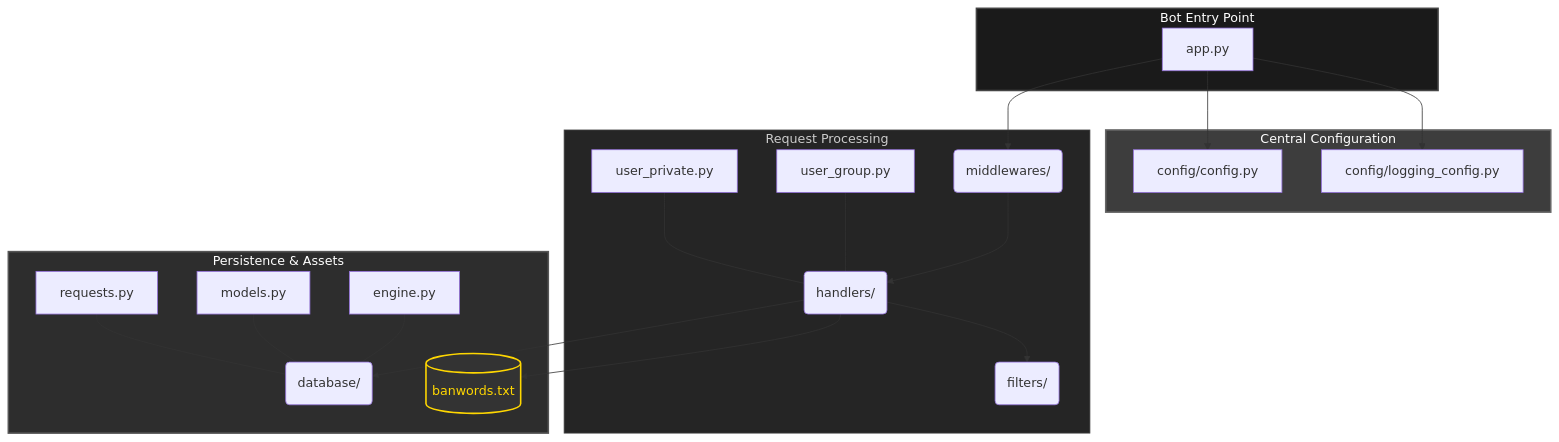
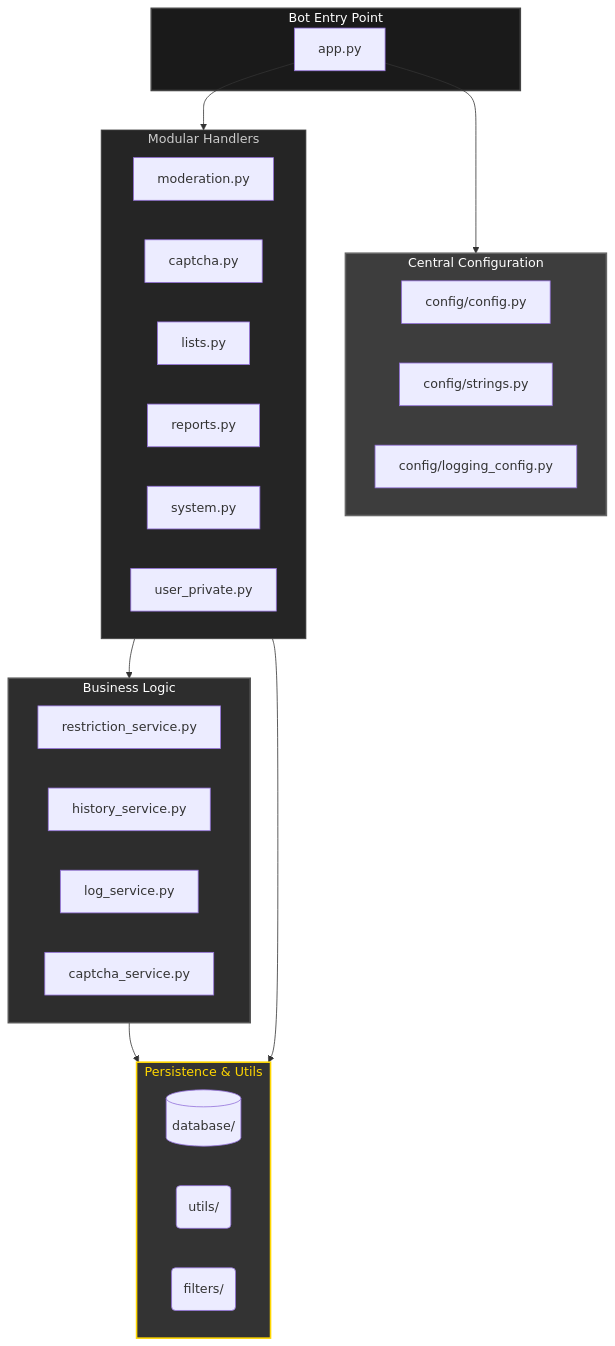
The diagram in README.md (kapusta123b/Telegram-Moderation-Bot), drawn with Mermaid before and after one commit. The commit also changed other lines of this file and 1 other file, not shown here.

Commit message:
update Readme.md, update documentation in project

````diff
--- a/README.md
+++ b/README.md
@@ -80,49 +80,47 @@
 ```mermaid
 graph TD
     subgraph Core[Bot Entry Point]
         A[app.py]
     end
 
     subgraph Config[Central Configuration]
         CFG[config/config.py]
-        LOG[config/logging_config.py]
+        STR[config/strings.py]
+        LOG_CFG[config/logging_config.py]
     end
 
-    subgraph Logic[Request Processing]
-        B(handlers/)
-        C(filters/)
-        F(middlewares/)
-        B1[user_group.py]
-        B2[user_private.py]
+    subgraph Handlers[Modular Handlers]
+        H_MOD[moderation.py]
+        H_CAP[captcha.py]
+        H_LST[lists.py]
+        H_REP[reports.py]
+        H_SYS[system.py]
+        H_PRIV[user_private.py]
     end
 
-    subgraph Data[Persistence & Assets]
-        E(database/)
-        D[(banwords.txt)]
-        E1[engine.py]
-        E2[models.py]
-        E3[requests.py]
+    subgraph Services[Business Logic]
+        S_REST[restriction_service.py]
+        S_HIST[history_service.py]
+        S_LOG[log_service.py]
+        S_CAP[captcha_service.py]
     end
 
-    A --> CFG
-    A --> LOG
-    A --> F
-    F --> B
-    B --> C
-    B --> E
-    B --> D
+    subgraph Data[Persistence & Utils]
+        DB[(database/)]
+        UTL(utils/)
+        FLT(filters/)
+    end
+
+    A --> Config
+    A --> Handlers
+    Handlers --> Services
+    Services --> Data
+    Handlers --> Data
     
-    B1 --- B
-    B2 --- B
-    
-    E1 --- E
-    E2 --- E
-    E3 --- E
-    
-    %% Dark Professional Theme
+    %% Styling
     style Core fill:#1a1a1a,stroke:#444,stroke-width:2px,color:#fff
     style Config fill:#3d3d3d,stroke:#666,stroke-width:2px,color:#fff
-    style Data fill:#2d2d2d,stroke:#555,stroke-width:2px,color:#fff
-    style Logic fill:#252525,stroke:#444,stroke-width:1px,color:#ccc
-    style D fill:#333,stroke:#ffd700,stroke-width:2px,color:#ffd700
+    style Handlers fill:#252525,stroke:#444,stroke-width:1px,color:#ccc
+    style Services fill:#2d2d2d,stroke:#555,stroke-width:2px,color:#fff
+    style Data fill:#333,stroke:#ffd700,stroke-width:2px,color:#ffd700
 ```
````
